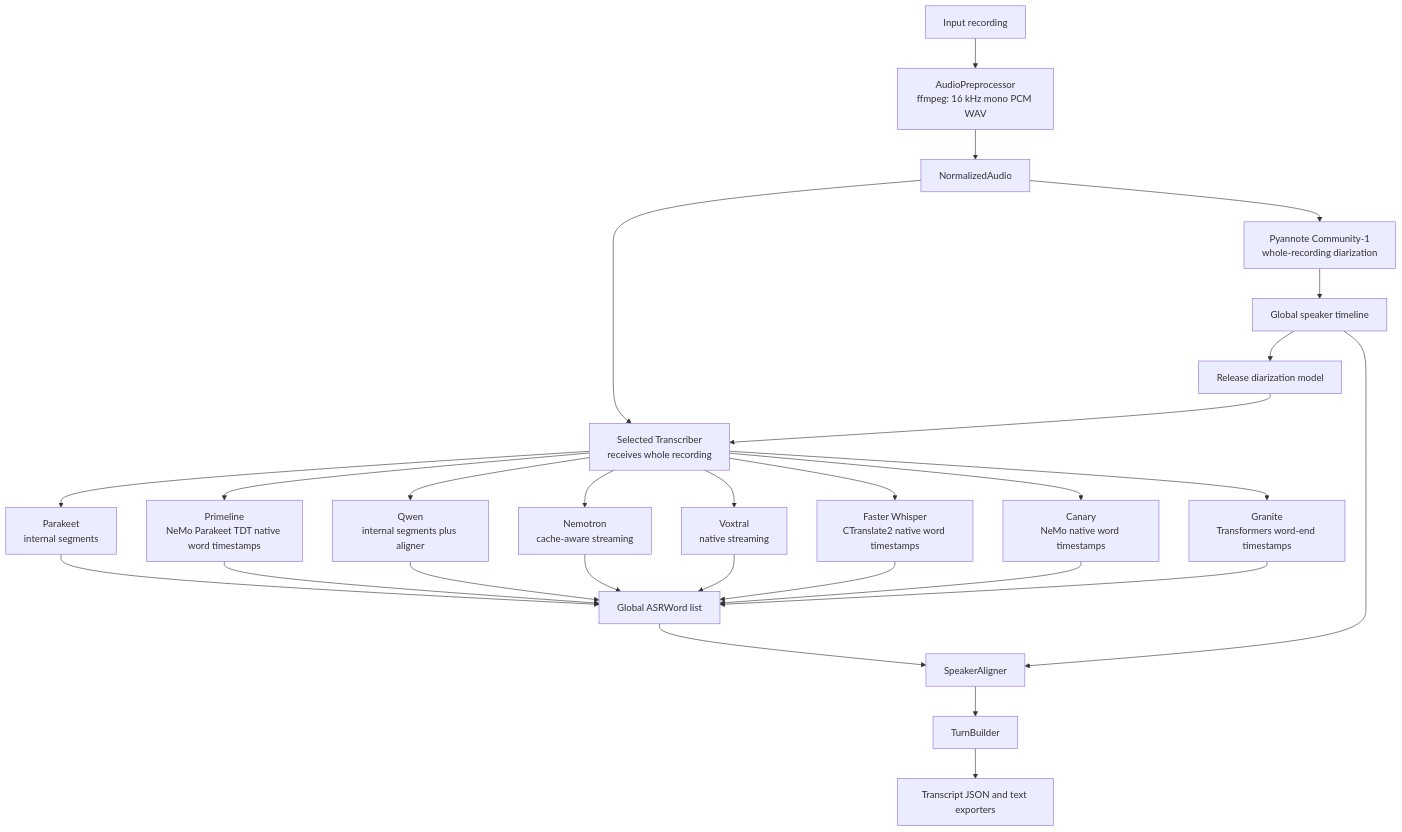
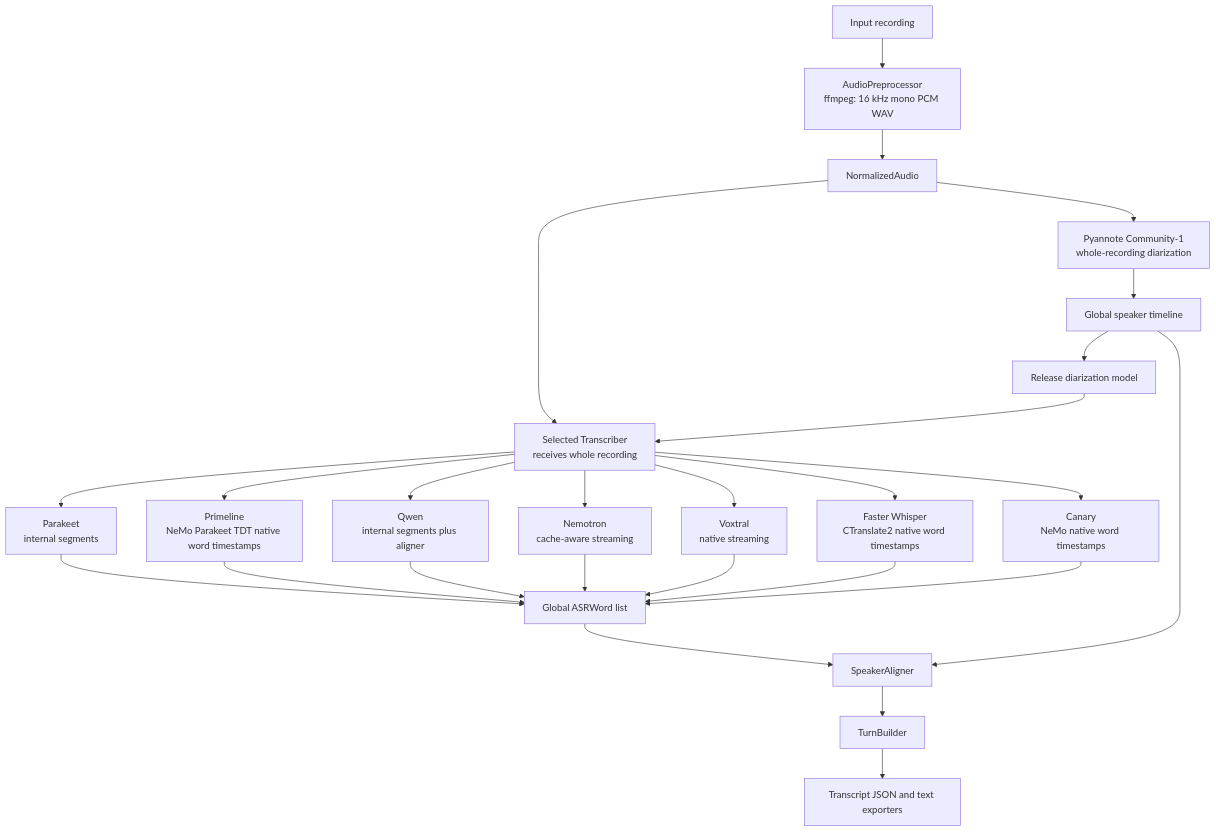
The diagram in README.md (balex42/transcription-pipeline), drawn with Mermaid before and after one commit. The commit also changed other lines of this file and 12 other files, not shown here.

````diff
--- a/README.md
+++ b/README.md
@@ -11,30 +11,28 @@
 ```mermaid
 flowchart TD
     input[Input recording] --> normalize[AudioPreprocessor\nffmpeg: 16 kHz mono PCM WAV]
     normalize --> audio[NormalizedAudio]
     audio --> diarize[Pyannote Community-1\nwhole-recording diarization]
     diarize --> timeline[Global speaker timeline]
     timeline --> release[Release diarization model]
     audio --> transcriber[Selected Transcriber\nreceives whole recording]
     release --> transcriber
     transcriber --> parakeet[Parakeet\ninternal segments]
     transcriber --> primeline[Primeline\nNeMo Parakeet TDT native word timestamps]
     transcriber --> qwen[Qwen\ninternal segments plus aligner]
     transcriber --> nemotron[Nemotron\ncache-aware streaming]
     transcriber --> voxtral[Voxtral\nnative streaming]
     transcriber --> faster_whisper[Faster Whisper\nCTranslate2 native word timestamps]
     transcriber --> canary[Canary\nNeMo native word timestamps]
-    transcriber --> granite[Granite\nTransformers word-end timestamps]
     parakeet --> words[Global ASRWord list]
     primeline --> words
     qwen --> words
     nemotron --> words
     voxtral --> words
     faster_whisper --> words
     canary --> words
-    granite --> words
     words --> align[SpeakerAligner]
     timeline --> align
     align --> turns[TurnBuilder]
     turns --> export[Transcript JSON and text exporters]
 ```
````
